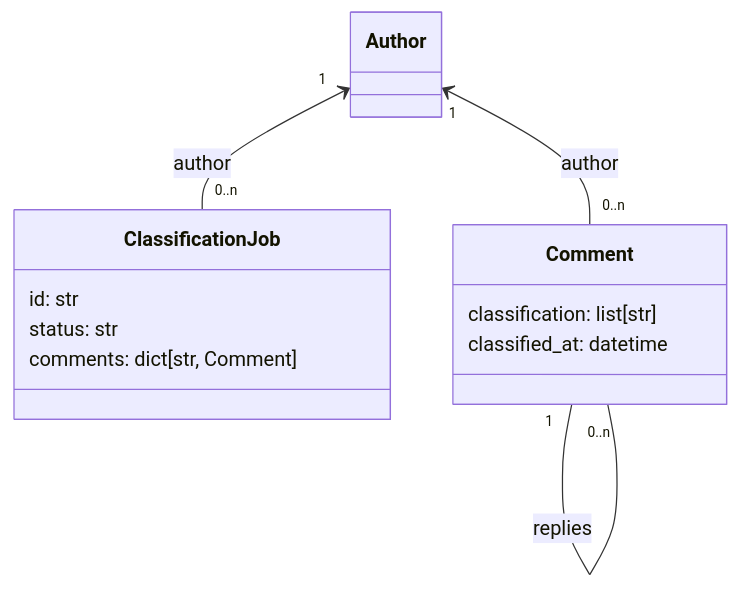
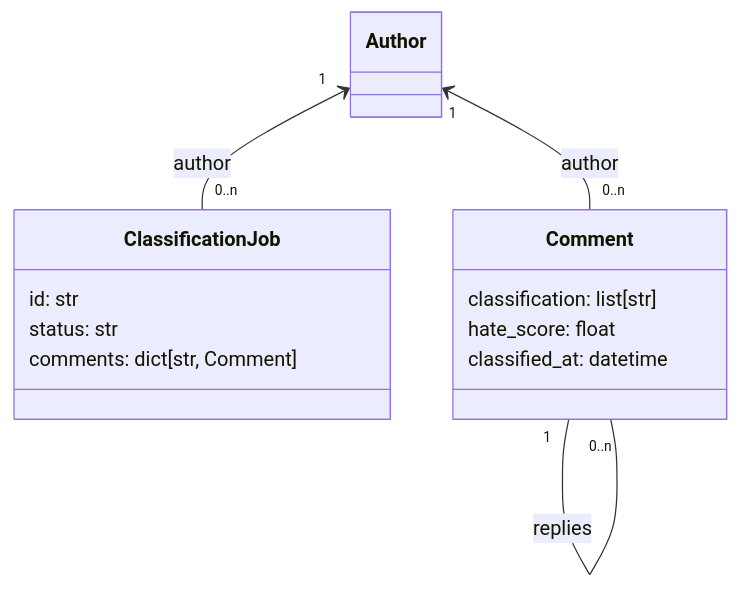
Before and after one commit to dataforgoodfr/14_BalanceTesHaters: the third of 3 diagrams in docs/backend/api.md, drawn with Mermaid. The commit also changed other lines of this file and 3 other files, not shown here.

Commit message:
feat(api): expose model classification score as hate_score in api

````diff
--- a/docs/backend/api.md
+++ b/docs/backend/api.md
@@ -100,16 +104,17 @@
 ```mermaid
 classDiagram
     class ClassificationJob {
         id: str
         status: str
         comments: dict[str, Comment]
     }
     Author "1" <-- "0..n" ClassificationJob : author
 
     class Comment {
         classification: list[str]
+        hate_score: float
         classified_at: datetime
     }
     Author "1" <-- "0..n" Comment : author
     Comment "1" -- "0..n" Comment : replies
 ```
````
